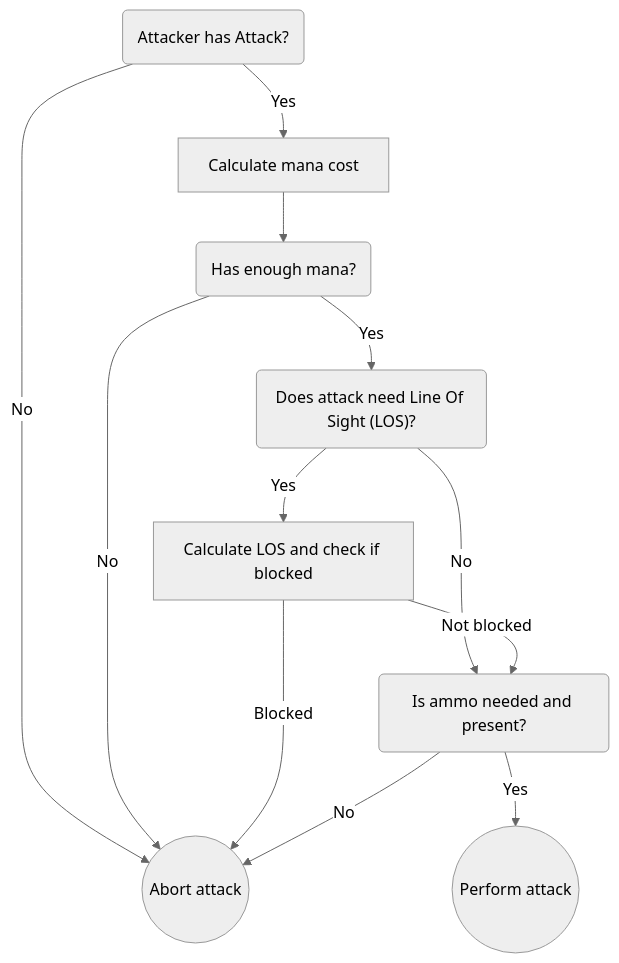
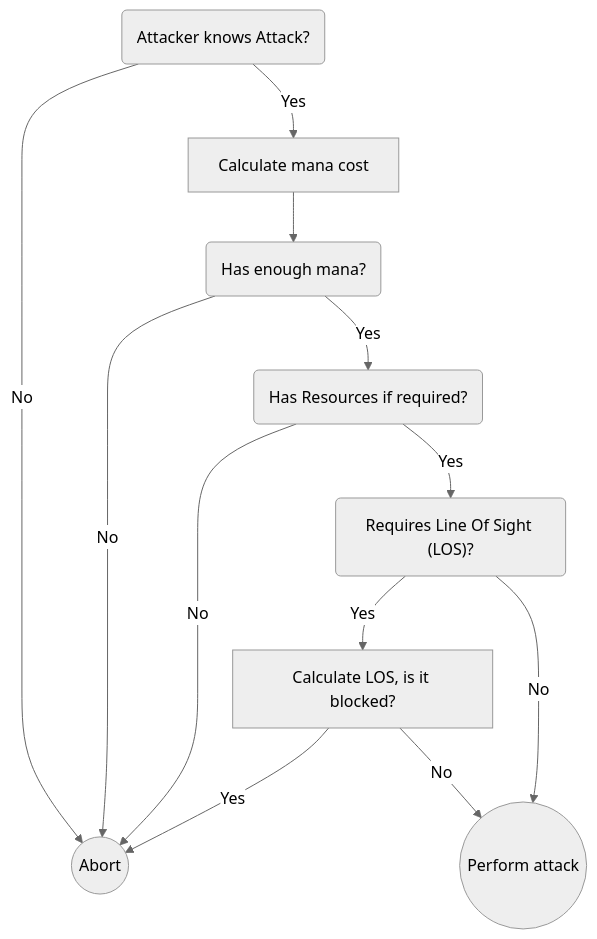
One commit to tfelix/bestia-docs changed the diagram in content/docs/server/battle.md. Above: the diagram before and after it, drawn with Mermaid (neutral theme). The commit also changed other lines of this file and 67 other files, not shown here.

````diff
--- a/content/docs/server/battle.md
+++ b/content/docs/server/battle.md
@@ -11,15 +16,15 @@
-{{< mermaid >}}
+```mermaid
 graph TD
-  step1(Attacker has Attack?)
-  step1 -->|No| abort((Abort attack))
+  step1(Attacker knows Attack?)
+  step1 -->|No| abort((Abort))
   step1 -->|Yes| step2[Calculate mana cost]
   step2 --> step3(Has enough mana?)
   step3 -->|No| abort
-  step3 --> |Yes| step4("Does attack need Line Of Sight (LOS)"?)
-  step4 --> |No| step6(Is ammo needed and present?)
-  step4 --> |Yes| step5[Calculate LOS and check if blocked]
-  step5 --> |Blocked| abort
-  step5 --> |Not blocked| step6
-  step6 --> |No| abort
-  step6 --> |Yes| bla((Perform attack))
-{{< /mermaid >}}
+  step3 --> |Yes| step4(Has Resources if required?)
+  step4 --> |No| abort
+  step4 --> |Yes| step5("Requires Line Of Sight (LOS)?")
+  step5 --> |Yes| step6[Calculate LOS, is it blocked?]
+  step6 --> |Yes| abort
+  step6 --> |No| attack((Perform attack))
+  step5 --> |No| attack
+```
````
